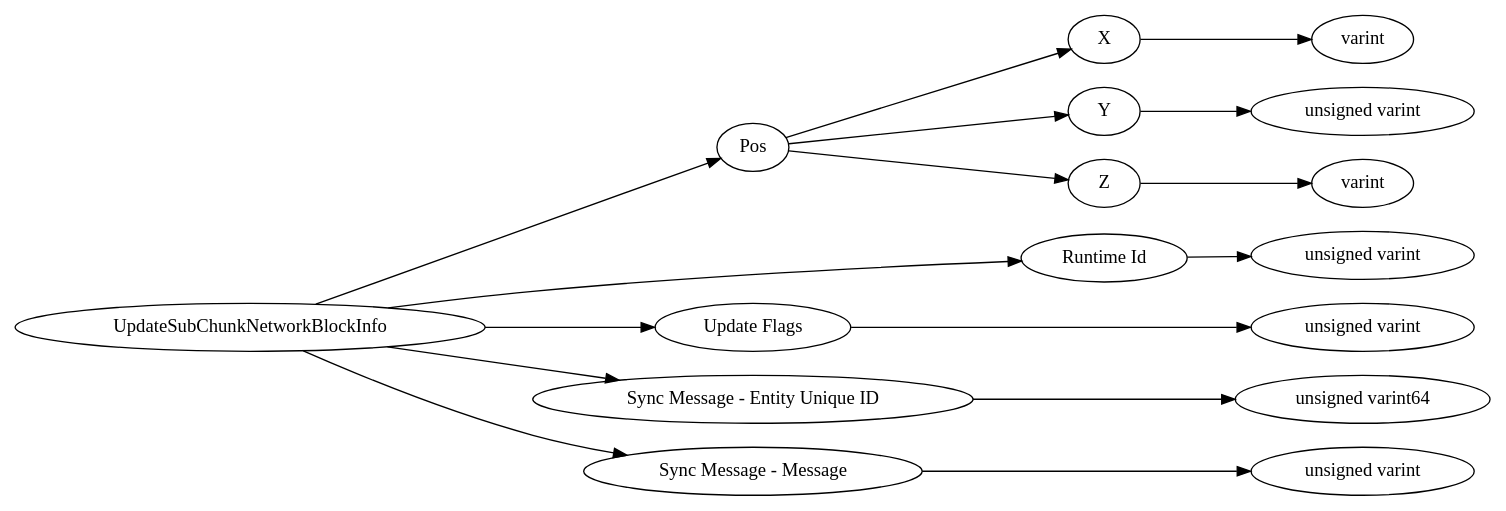
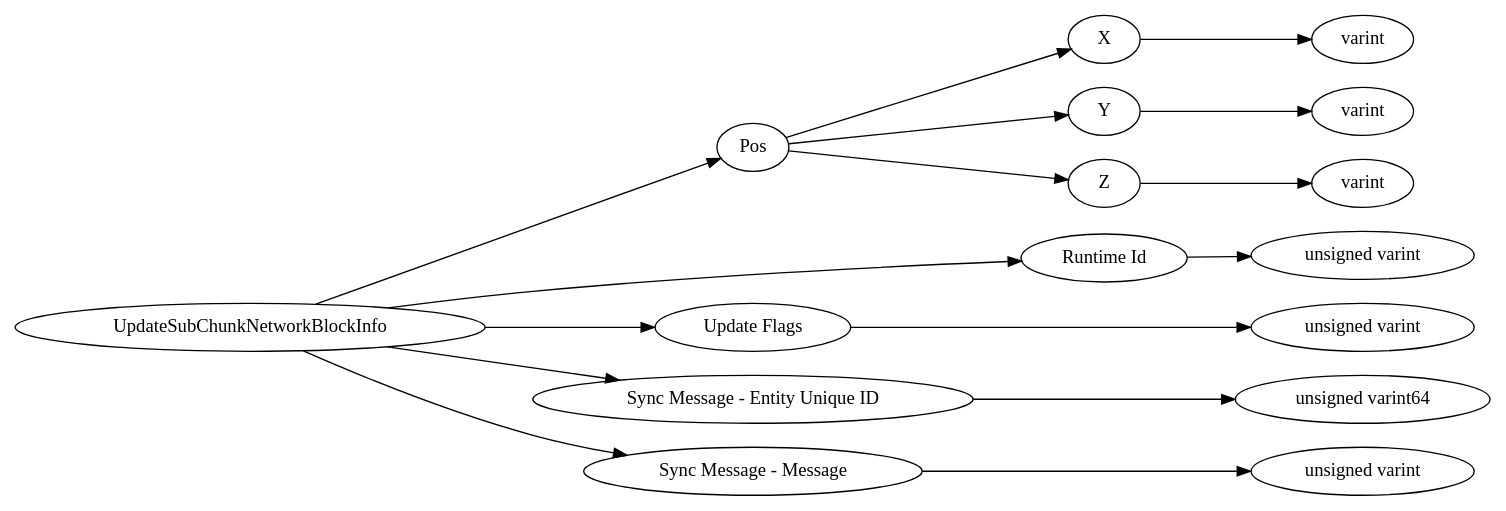
Before and after one commit to Mojang/bedrock-protocol-docs: the diagram in dot/UpdateSubChunkNetworkBlockInfo.dot, drawn with Graphviz. The commit also changed 589 other files, not shown here.

```diff
--- a/dot/UpdateSubChunkNetworkBlockInfo.dot
+++ b/dot/UpdateSubChunkNetworkBlockInfo.dot
@@ -1,38 +1,38 @@
 digraph "UpdateSubChunkNetworkBlockInfo" {
 rankdir = LR
 0
 0 -> 1
 1 -> 2
 2 -> 3
 1 -> 4
 4 -> 5
 1 -> 6
 6 -> 7
 0 -> 8
 8 -> 9
 0 -> 10
 10 -> 11
 0 -> 12
 12 -> 13
 0 -> 14
 14 -> 15
 
 0 [label="UpdateSubChunkNetworkBlockInfo",comment="name: \"UpdateSubChunkNetworkBlockInfo\", typeName: \"\", id: 0, branchId: 0, recurseId: -1, attributes: 0, notes: \"\""];
 1 [label="Pos",comment="name: \"Pos\", typeName: \"\", id: 1, branchId: 0, recurseId: -1, attributes: 0, notes: \"\""];
 2 [label="X",comment="name: \"X\", typeName: \"\", id: 2, branchId: 0, recurseId: -1, attributes: 0, notes: \"\""];
 3 [label="varint",comment="name: \"varint\", typeName: \"\", id: 3, branchId: 0, recurseId: -1, attributes: 512, notes: \"\""];
 4 [label="Y",comment="name: \"Y\", typeName: \"\", id: 4, branchId: 0, recurseId: -1, attributes: 0, notes: \"\""];
-5 [label="unsigned varint",comment="name: \"unsigned varint\", typeName: \"\", id: 5, branchId: 0, recurseId: -1, attributes: 512, notes: \"\""];
+5 [label="varint",comment="name: \"varint\", typeName: \"\", id: 5, branchId: 0, recurseId: -1, attributes: 512, notes: \"\""];
 6 [label="Z",comment="name: \"Z\", typeName: \"\", id: 6, branchId: 0, recurseId: -1, attributes: 0, notes: \"\""];
 7 [label="varint",comment="name: \"varint\", typeName: \"\", id: 7, branchId: 0, recurseId: -1, attributes: 512, notes: \"\""];
 8 [label="Runtime Id",comment="name: \"Runtime Id\", typeName: \"\", id: 8, branchId: 0, recurseId: -1, attributes: 0, notes: \"\""];
 9 [label="unsigned varint",comment="name: \"unsigned varint\", typeName: \"\", id: 9, branchId: 0, recurseId: -1, attributes: 512, notes: \"\""];
 10 [label="Update Flags",comment="name: \"Update Flags\", typeName: \"\", id: 10, branchId: 0, recurseId: -1, attributes: 0, notes: \"\""];
 11 [label="unsigned varint",comment="name: \"unsigned varint\", typeName: \"\", id: 11, branchId: 0, recurseId: -1, attributes: 512, notes: \"\""];
 12 [label="Sync Message - Entity Unique ID",comment="name: \"Sync Message - Entity Unique ID\", typeName: \"\", id: 12, branchId: 0, recurseId: -1, attributes: 0, notes: \"\""];
 13 [label="unsigned varint64",comment="name: \"unsigned varint64\", typeName: \"\", id: 13, branchId: 0, recurseId: -1, attributes: 512, notes: \"\""];
 14 [label="Sync Message - Message",comment="name: \"Sync Message - Message\", typeName: \"\", id: 14, branchId: 0, recurseId: -1, attributes: 0, notes: \"\""];
 15 [label="unsigned varint",comment="name: \"unsigned varint\", typeName: \"\", id: 15, branchId: 0, recurseId: -1, attributes: 512, notes: \"\""];
 { rank = max;3;5;7;9;11;13;15}
 
 }
```
